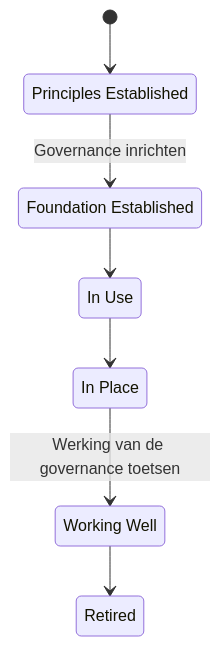
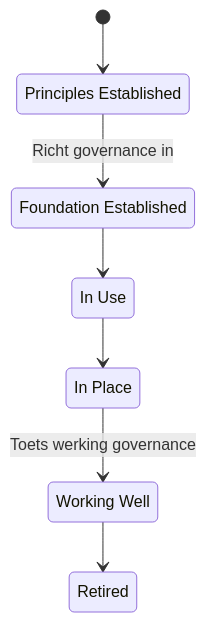
The diagram in essence/method/diagrams/way-of-working.mmd (hietkamp/hietkamp.github.io), drawn with Mermaid before and after one commit. The commit also changed 52 other files, not shown here.

```diff
--- a/essence/method/diagrams/way-of-working.mmd
+++ b/essence/method/diagrams/way-of-working.mmd
@@ -1,17 +1,17 @@
 %% State diagram: Way of Working (essence-kernel#WayofWorking)
 %% Kernel-alpha; alleen de states die in deze werkwijze daadwerkelijk gebruikt worden
 %% zijn gekoppeld aan een activiteit.
 stateDiagram-v2
     PrinciplesEstablished: Principles Established
     FoundationEstablished: Foundation Established
     InUse: In Use
     InPlace: In Place
     WorkingWell: Working Well
     Retired: Retired
 
     [*] --> PrinciplesEstablished
-    PrinciplesEstablished --> FoundationEstablished : Governance inrichten
+    PrinciplesEstablished --> FoundationEstablished : Richt governance in
     FoundationEstablished --> InUse
     InUse --> InPlace
-    InPlace --> WorkingWell : Werking van de governance toetsen
+    InPlace --> WorkingWell : Toets werking governance
     WorkingWell --> Retired
```
